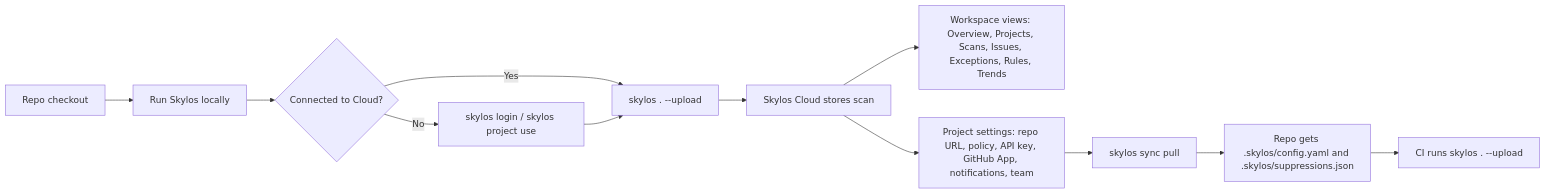
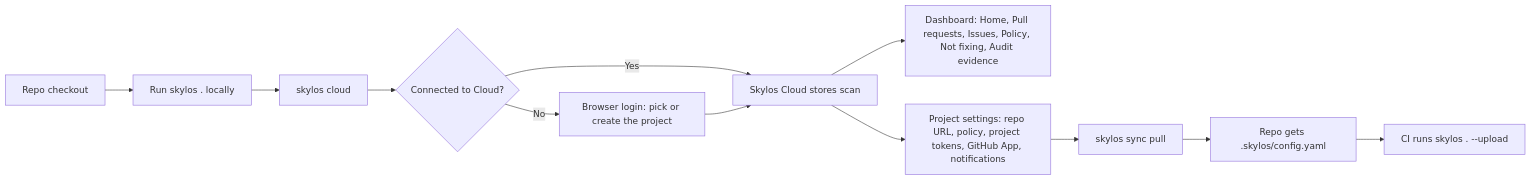
The diagram in docs/cloud-workflow.mdx (duriantaco/skylos-docs), drawn with Mermaid before and after one commit. The commit also changed other lines of this file and 9 other files, not shown here.

First line of the commit message:
docs: make skylos cloud the way to use Skylos Cloud (#56)

````diff
--- a/docs/cloud-workflow.mdx
+++ b/docs/cloud-workflow.mdx
@@ -32,14 +38,14 @@
 ```mermaid
 flowchart LR
-    A[Repo checkout] --> B[Run Skylos locally]
-    B --> C{Connected to Cloud?}
-    C -- No --> D[skylos login / skylos project use]
-    C -- Yes --> E[skylos . --upload]
-    D --> E
-    E --> F[Skylos Cloud stores scan]
-    F --> G[Workspace views: Overview, Projects, Scans, Issues, Exceptions, Rules, Trends]
-    F --> H[Project settings: repo URL, policy, API key, GitHub App, notifications, team]
+    A[Repo checkout] --> B[Run skylos . locally]
+    B --> E[skylos cloud]
+    E --> C{Connected to Cloud?}
+    C -- No --> D[Browser login: pick or create the project]
+    C -- Yes --> F[Skylos Cloud stores scan]
+    D --> F
+    F --> G[Dashboard: Home, Pull requests, Issues, Policy, Not fixing, Audit evidence]
+    F --> H[Project settings: repo URL, policy, project tokens, GitHub App, notifications]
     H --> I[skylos sync pull]
-    I --> J[Repo gets .skylos/config.yaml and .skylos/suppressions.json]
+    I --> J[Repo gets .skylos/config.yaml]
     J --> K[CI runs skylos . --upload]
 ```
````
